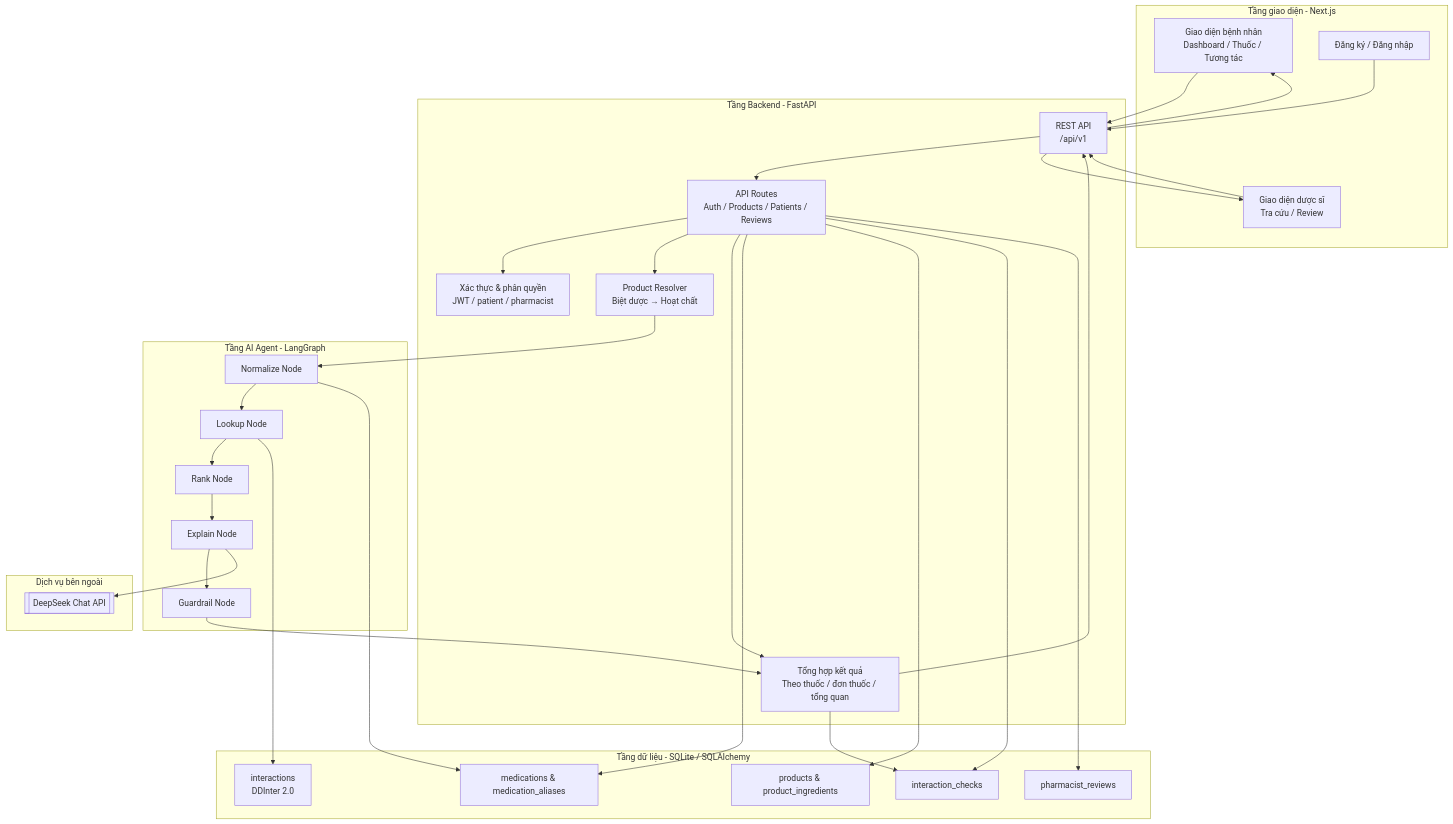
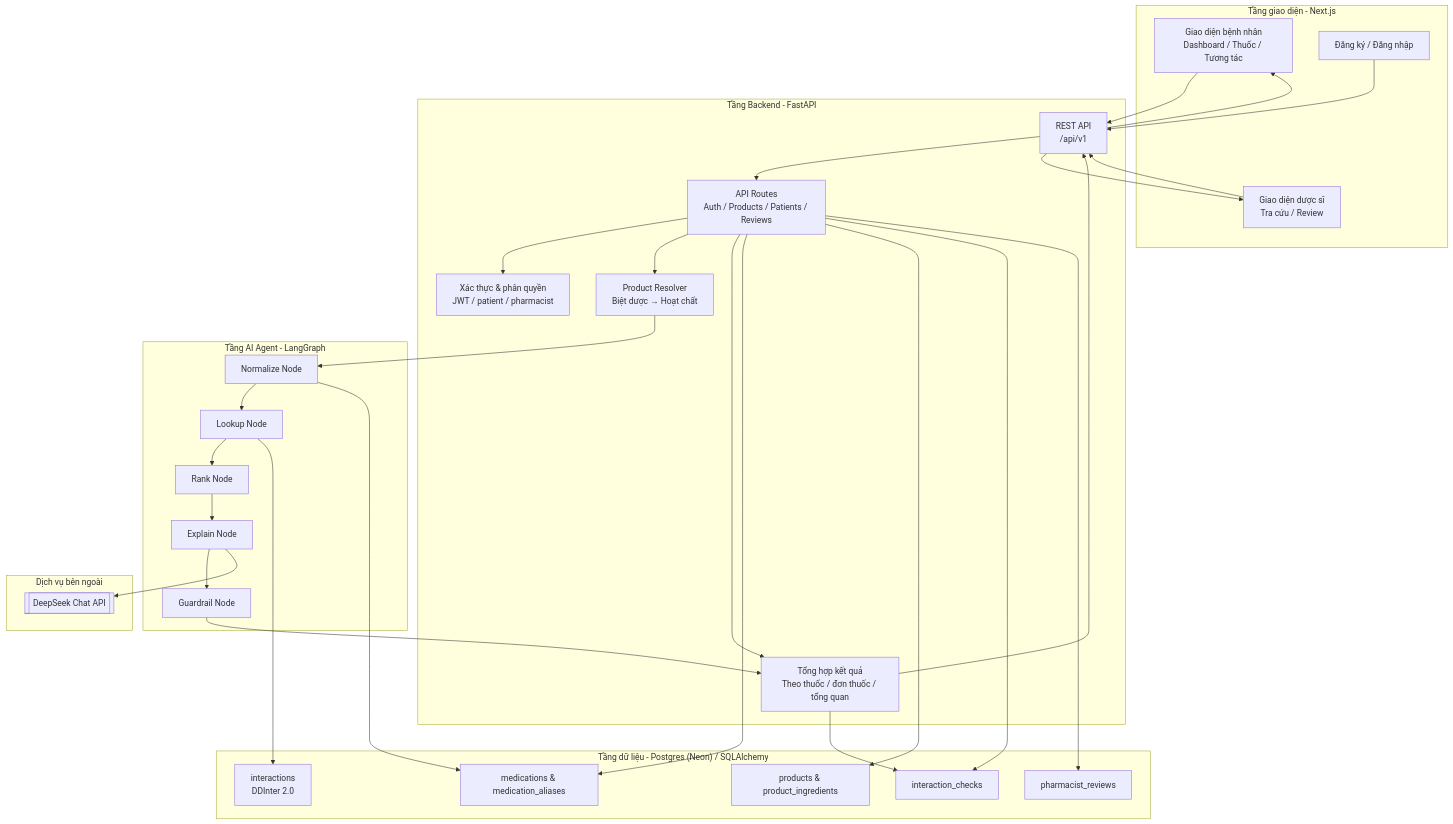
Before and after one commit to HoangToan-nobi/AI-assisted-medication-use: the first of 5 diagrams in ARCHITECTURE.md, drawn with Mermaid. The commit also changed other lines of this file, not shown here.

First line of the commit message:
docs(architecture): đồng bộ tài liệu kiến trúc với hệ thống production

````diff
--- a/ARCHITECTURE.md
+++ b/ARCHITECTURE.md
@@ -11,59 +11,59 @@
 ```mermaid
 flowchart TB
     subgraph CLIENT["Tầng giao diện - Next.js"]
         PATIENT["Giao diện bệnh nhân<br/>Dashboard / Thuốc / Tương tác"]
         PHARMACIST["Giao diện dược sĩ<br/>Tra cứu / Review"]
         AUTH_UI["Đăng ký / Đăng nhập"]
     end
 
     subgraph BACKEND["Tầng Backend - FastAPI"]
         API["REST API<br/>/api/v1"]
         AUTH["Xác thực & phân quyền<br/>JWT / patient / pharmacist"]
         ROUTES["API Routes<br/>Auth / Products / Patients / Reviews"]
         RESOLVER["Product Resolver<br/>Biệt dược → Hoạt chất"]
         ROLLUP["Tổng hợp kết quả<br/>Theo thuốc / đơn thuốc / tổng quan"]
     end
 
     subgraph AGENT["Tầng AI Agent - LangGraph"]
         NORMALIZE["Normalize Node"]
         LOOKUP["Lookup Node"]
         RANK["Rank Node"]
         EXPLAIN["Explain Node"]
         GUARD["Guardrail Node"]
     end
 
-    subgraph DATA["Tầng dữ liệu - SQLite / SQLAlchemy"]
+    subgraph DATA["Tầng dữ liệu - Postgres (Neon) / SQLAlchemy"]
         MEDS["medications & medication_aliases"]
         PRODUCTS["products & product_ingredients"]
         INTERACTIONS["interactions<br/>DDInter 2.0"]
         HISTORY["interaction_checks"]
         REVIEWS["pharmacist_reviews"]
     end
 
     subgraph EXTERNAL["Dịch vụ bên ngoài"]
         LLM[["DeepSeek Chat API"]]
     end
 
     PATIENT --> API
     PHARMACIST --> API
     AUTH_UI --> API
     API --> ROUTES
     ROUTES --> AUTH
     ROUTES --> RESOLVER
     ROUTES --> ROLLUP
     ROUTES --> MEDS
     ROUTES --> PRODUCTS
     ROUTES --> HISTORY
     ROUTES --> REVIEWS
 
     RESOLVER --> NORMALIZE
     NORMALIZE --> LOOKUP --> RANK --> EXPLAIN --> GUARD
     NORMALIZE --> MEDS
     LOOKUP --> INTERACTIONS
     EXPLAIN --> LLM
     GUARD --> ROLLUP
     ROLLUP --> HISTORY
     ROLLUP --> API
     API --> PATIENT
     API --> PHARMACIST
 ```
````
